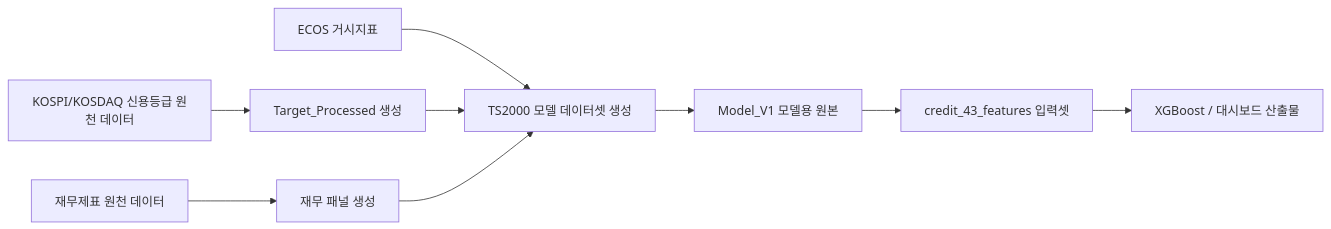
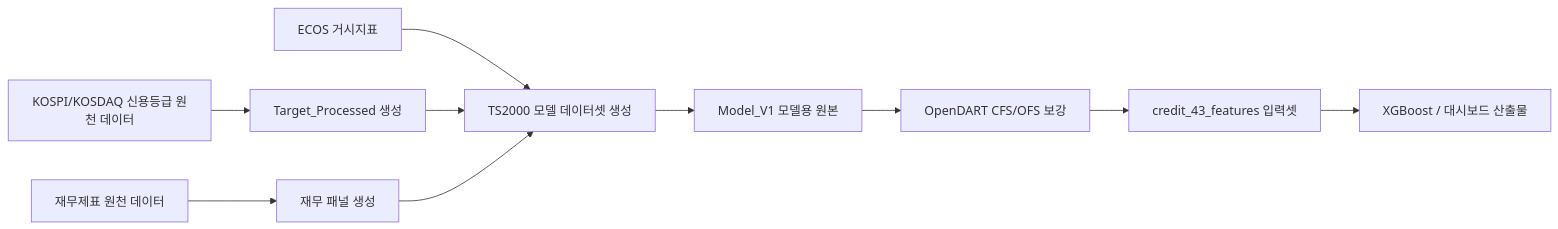
The diagram in docs/preprocessing_rules_ko.md (LADTO-develop/Corporate-Analysis-System), drawn with Mermaid before and after one commit. The commit also changed other lines of this file and 80 other files, not shown here.

Commit message:
Finalize OpenDART supplements and Stage 2 diagnostics

````diff
--- a/docs/preprocessing_rules_ko.md
+++ b/docs/preprocessing_rules_ko.md
@@ -10,11 +10,12 @@
 ```mermaid
 flowchart LR
     A["KOSPI/KOSDAQ 신용등급 원천 데이터"] --> B["Target_Processed 생성"]
     C["재무제표 원천 데이터"] --> D["재무 패널 생성"]
     E["ECOS 거시지표"] --> F["TS2000 모델 데이터셋 생성"]
     B --> F
     D --> F
     F --> G["Model_V1 모델용 원본"]
-    G --> H["credit_43_features 입력셋"]
+    G --> G2["OpenDART CFS/OFS 보강"]
+    G2 --> H["credit_43_features 입력셋"]
     H --> I["XGBoost / 대시보드 산출물"]
 ```
````
